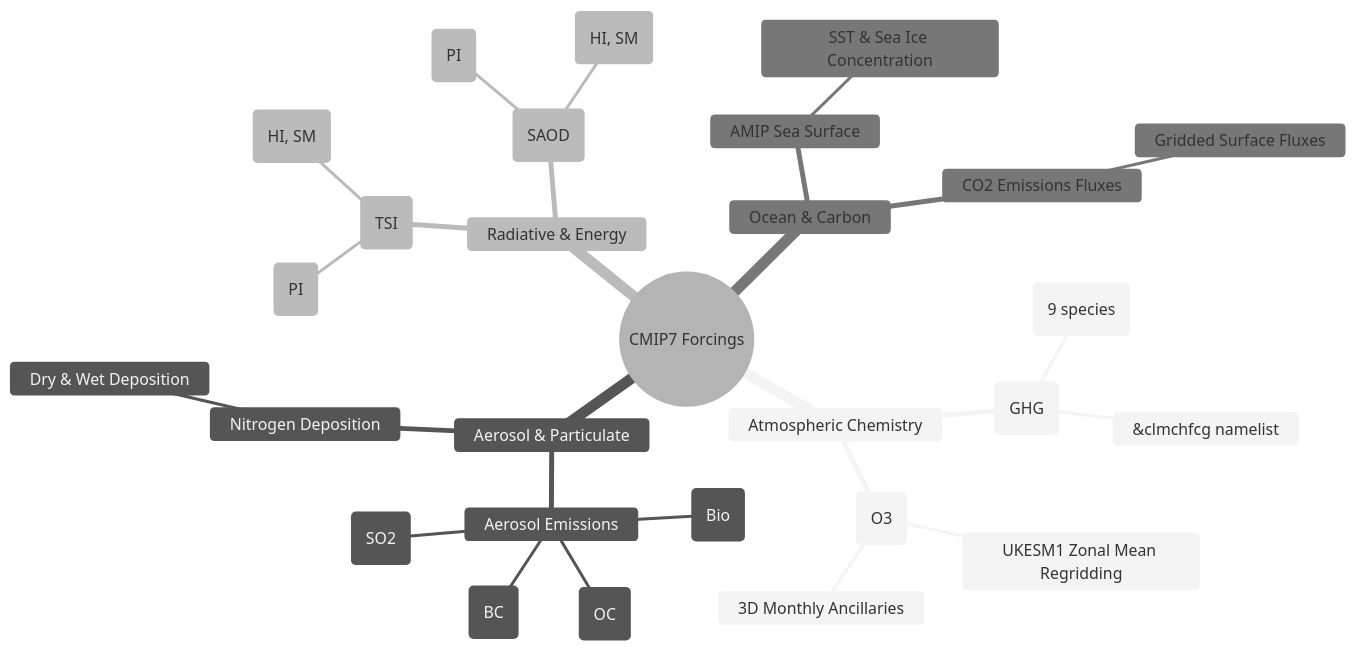
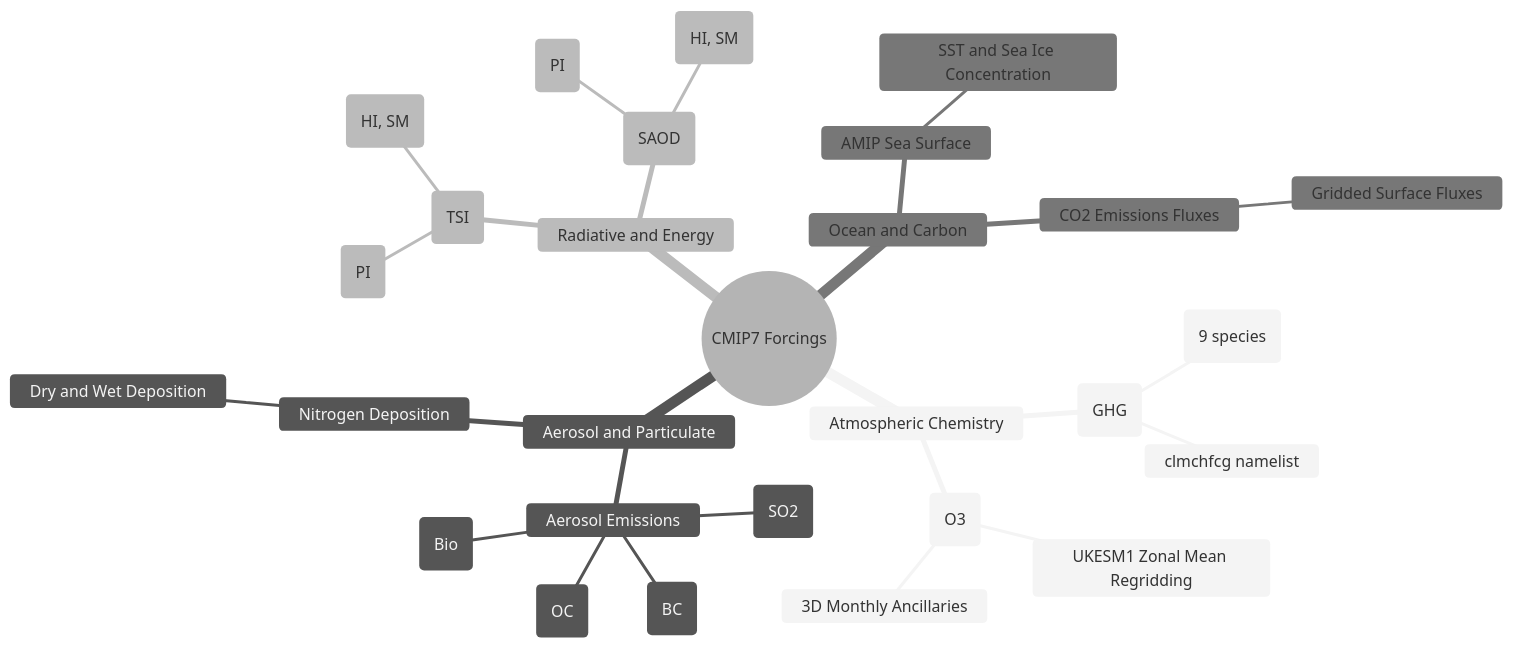
Before and after one commit to ACCESS-NRI/CMIP7-Input: the diagram in documentation/docs/pages/forcings/overview.md, drawn with Mermaid (neutral theme). The commit also changed other lines of this file and 19 other files, not shown here.

Commit message:
Fixed markdown formatting and mermaid rendering

````diff
--- a/documentation/docs/pages/forcings/overview.md
+++ b/documentation/docs/pages/forcings/overview.md
@@ -11,31 +11,31 @@
 ```mermaid
 mindmap
   root((CMIP7 Forcings))
     Atmospheric Chemistry
       Greenhouse Gases (GHG)
         Concentrations (9 species)
-        &clmchfcg namelist
+        clmchfcg namelist
       Ozone (O3)
         UKESM1 Zonal Mean Regridding
         3D Monthly Ancillaries
-    Aerosol & Particulate
+    Aerosol and Particulate
       Aerosol Emissions
         Black Carbon (BC)
         Organic Carbon (OC)
         Sulfur Dioxide (SO2)
         Biomass Burning (Bio)
       Nitrogen Deposition
-        Dry & Wet Deposition
-    Radiative & Energy
+        Dry and Wet Deposition
+    Radiative and Energy
       Solar Irradiance (TSI)
         Solar Constant (PI)
         Annual Timeseries (HI, SM)
       Volcanic Aerosols (SAOD)
         Background SAOD (PI)
         4-Band Timeseries (HI, SM)
-    Ocean & Carbon
+    Ocean and Carbon
       AMIP Sea Surface
-        SST & Sea Ice Concentration
+        SST and Sea Ice Concentration
       CO2 Emissions Fluxes
         Gridded Surface Fluxes
 ```
````
